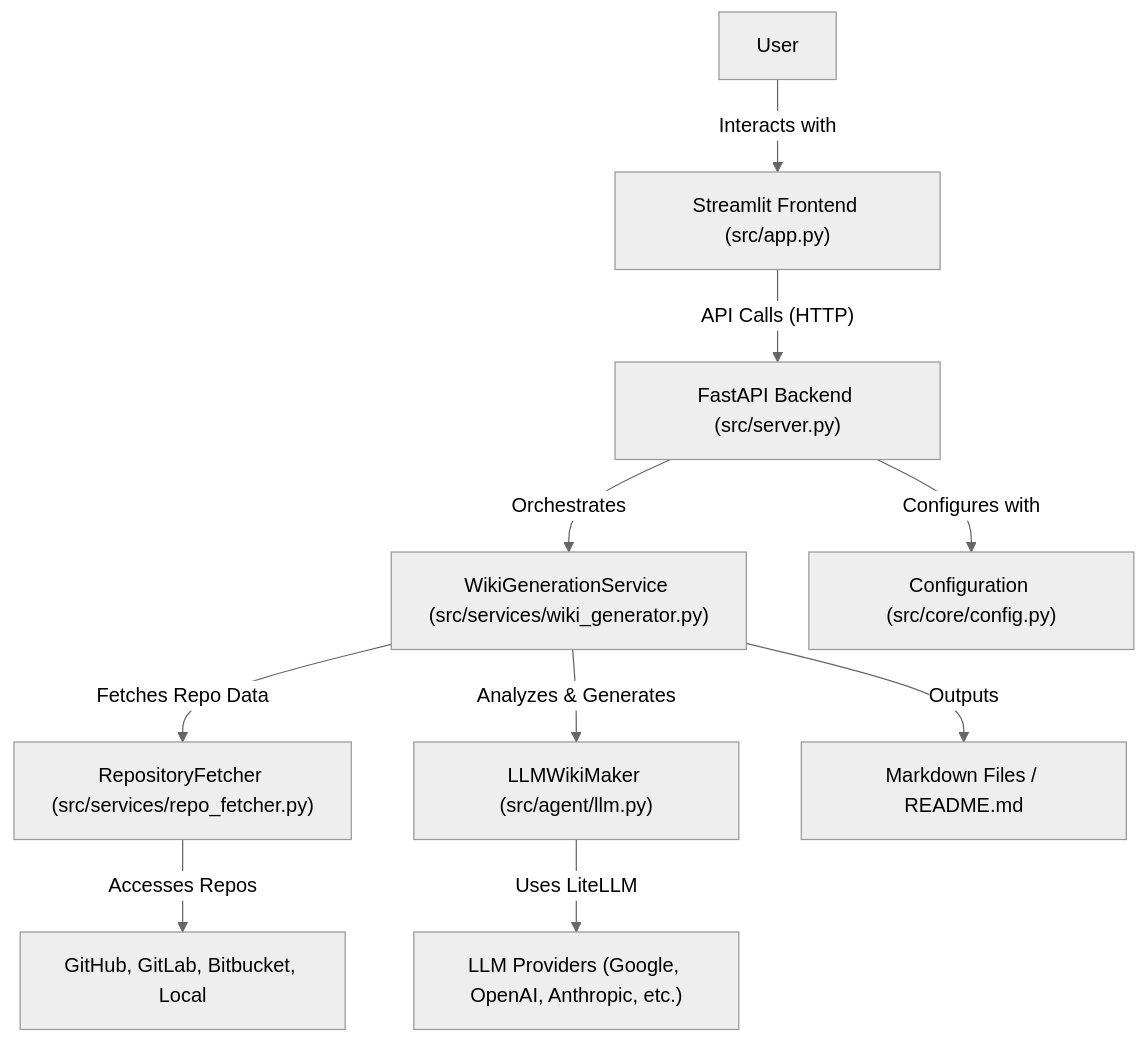
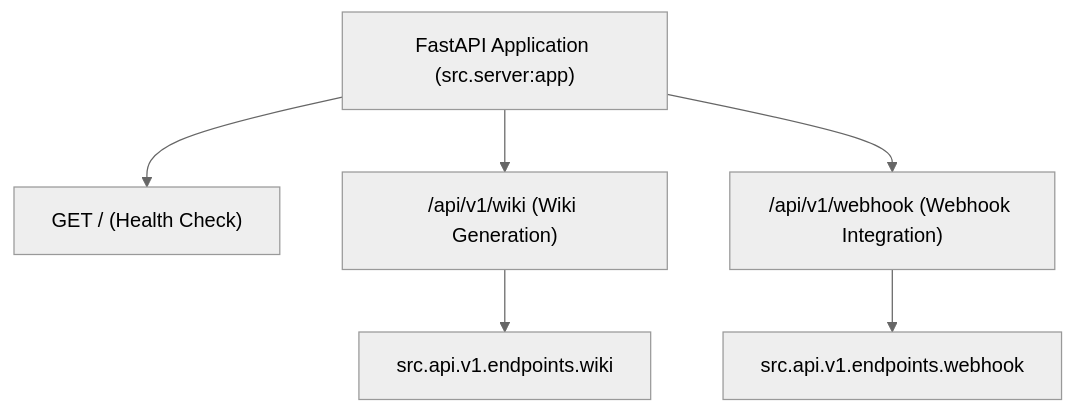
Before and after one commit to catuscio/wiki-as-readme: the eighth of 21 diagrams in examples/wiki_as_README.md, drawn with Mermaid (neutral theme). The commit also changed other lines of this file, not shown here.

Commit message:
docs: ✨Update examples/wiki_as_README.md via Wiki-As-Readme Action

````diff
--- a/examples/wiki_as_README.md
+++ b/examples/wiki_as_README.md
@@ -1089,12 +998,8 @@
 ```mermaid
 graph TD
-    User["User"] -->|Interacts with| StreamlitApp["Streamlit Frontend (src/app.py)"]
-    StreamlitApp -- "API Calls (HTTP)" --> FastAPIBackend["FastAPI Backend (src/server.py)"]
-    FastAPIBackend -->|Orchestrates| WikiGenerationService["WikiGenerationService (src/services/wiki_generator.py)"]
-    WikiGenerationService -->|Fetches Repo Data| RepositoryFetcher["RepositoryFetcher (src/services/repo_fetcher.py)"]
-    RepositoryFetcher -->|Accesses Repos| GitRepos["GitHub, GitLab, Bitbucket, Local"]
-    WikiGenerationService -->|Analyzes & Generates| LLMWikiMaker["LLMWikiMaker (src/agent/llm.py)"]
-    LLMWikiMaker -->|Uses LiteLLM| LLMProviders["LLM Providers (Google, OpenAI, Anthropic, etc.)"]
-    FastAPIBackend -->|Configures with| Settings["Configuration (src/core/config.py)"]
-    WikiGenerationService -->|Outputs| MarkdownFiles["Markdown Files / README.md"]
+    A["FastAPI Application (src.server:app)"] --> B["GET / (Health Check)"]
+    A --> C["/api/v1/wiki (Wiki Generation)"]
+    A --> D["/api/v1/webhook (Webhook Integration)"]
+    C --> C1["src.api.v1.endpoints.wiki"]
+    D --> D1["src.api.v1.endpoints.webhook"]
 ```
````
